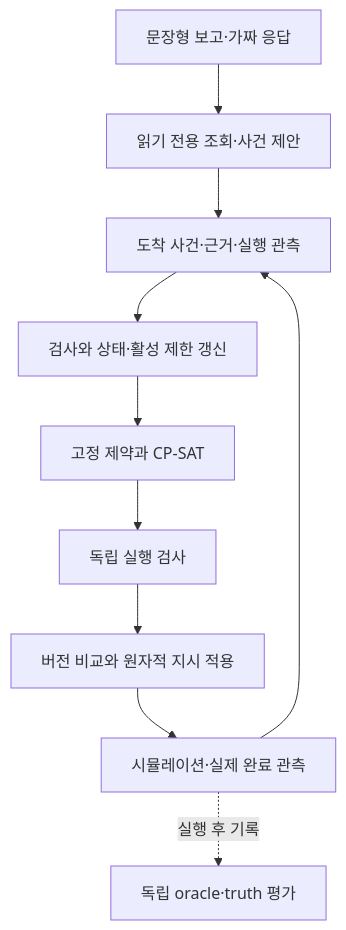
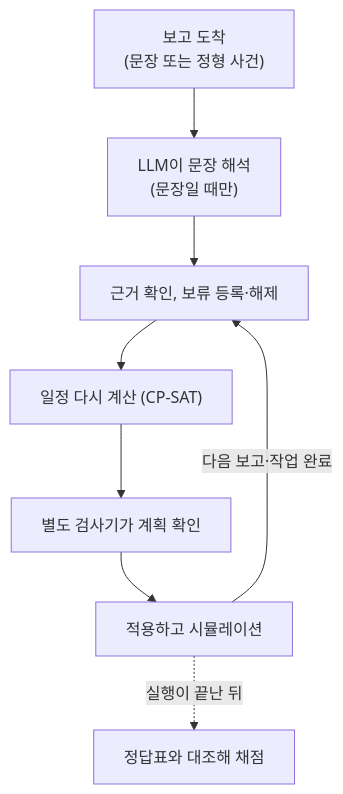
The diagram in README.md (yumsj0626-afk/shipyard-welding-automation), drawn with Mermaid before and after one commit. The commit also changed other lines of this file, not shown here.

````diff
--- a/README.md
+++ b/README.md
@@ -96,12 +27,10 @@
 ```mermaid
 flowchart TD
-    R["문장형 보고·가짜 응답"] --> Q["읽기 전용 조회·사건 제안"]
-    Q --> A
-    A["도착 사건·근거·실행 관측"] --> B["검사와 상태·활성 제한 갱신"]
-    B --> C["고정 제약과 CP-SAT"]
-    C --> D["독립 실행 검사"]
-    D --> E["버전 비교와 원자적 지시 적용"]
-    E --> F["시뮬레이션·실제 완료 관측"]
-    F --> A
-    F -. 실행 후 기록 .-> G["독립 oracle·truth 평가"]
+    A["보고 도착<br/>(문장 또는 정형 사건)"] --> B["LLM이 문장 해석<br/>(문장일 때만)"]
+    B --> C["근거 확인, 보류 등록·해제"]
+    C --> D["일정 다시 계산 (CP-SAT)"]
+    D --> E["별도 검사기가 계획 확인"]
+    E --> F["적용하고 시뮬레이션"]
+    F -->|다음 보고·작업 완료| C
+    F -.->|실행이 끝난 뒤| G["정답표와 대조해 채점"]
 ```
````
